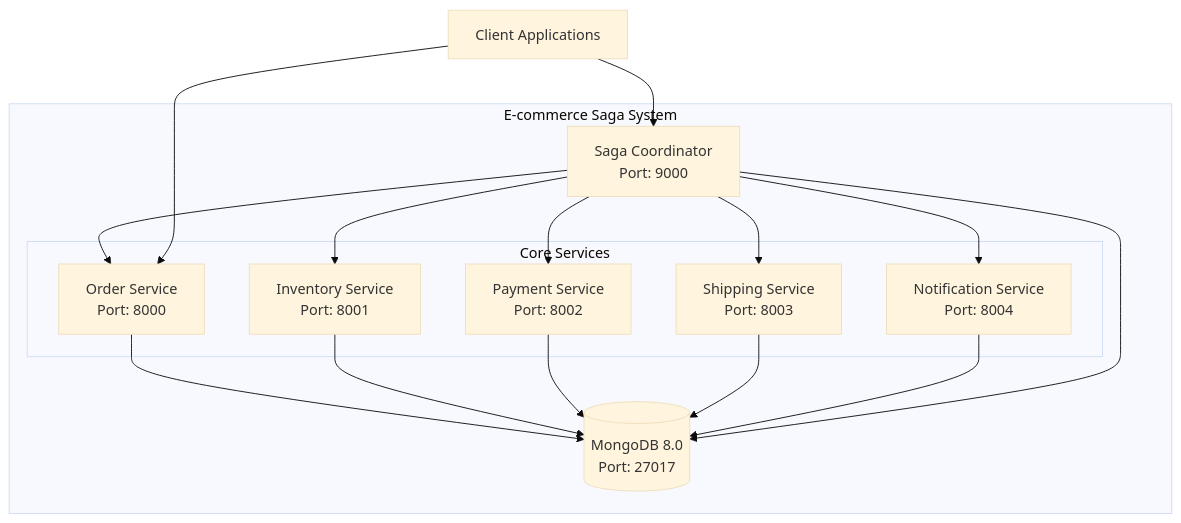
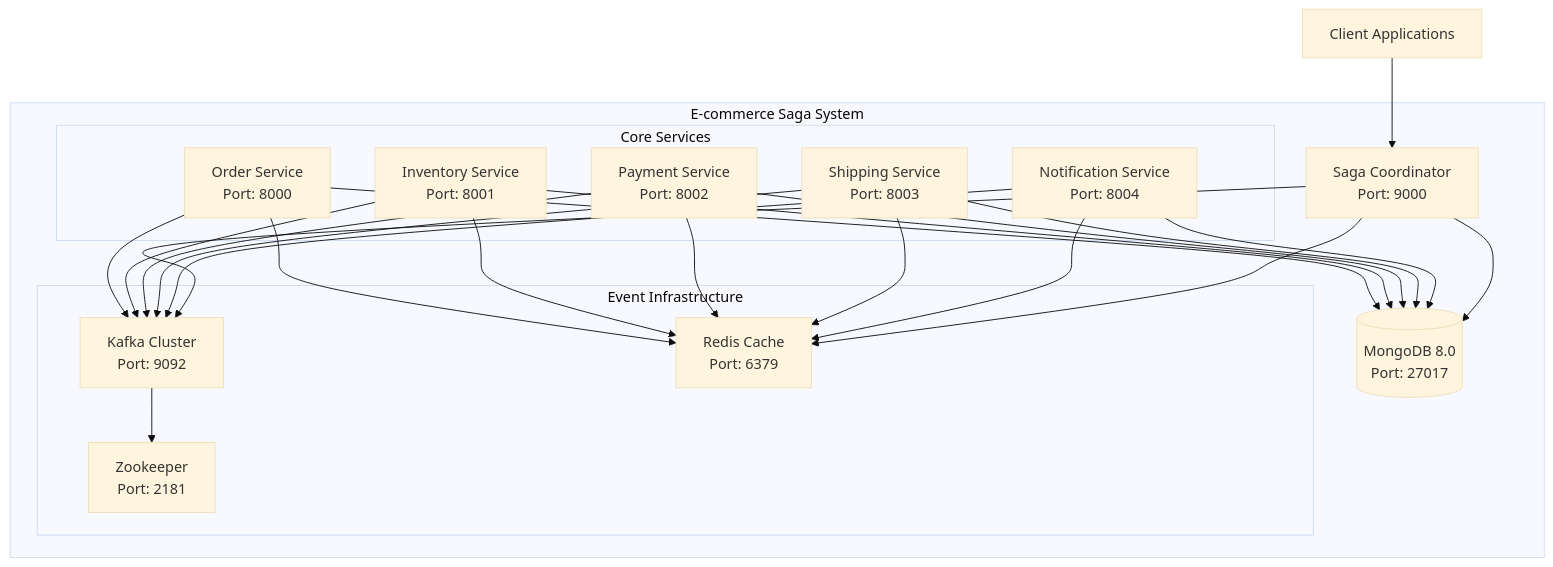
The first of 4 diagrams in README.md (narenallam/e-commerce-saga), drawn with Mermaid (base theme) before and after one commit. The commit also changed other lines of this file and 85 other files, not shown here.

Commit message:
kafka, redis, prometheus and grafana added

````diff
--- a/README.md
+++ b/README.md
@@ -24,31 +24,46 @@
 ```mermaid
 graph TB
     subgraph "E-commerce Saga System"
         subgraph "Core Services"
             OS[Order Service<br/>Port: 8000]
             IS[Inventory Service<br/>Port: 8001] 
             PS[Payment Service<br/>Port: 8002]
             SS[Shipping Service<br/>Port: 8003]
             NS[Notification Service<br/>Port: 8004]
         end
         
+        subgraph "Event Infrastructure"
+            K[Kafka Cluster<br/>Port: 9092]
+            Z[Zookeeper<br/>Port: 2181]
+            R[Redis Cache<br/>Port: 6379]
+        end
+        
         SC[Saga Coordinator<br/>Port: 9000]
         DB[(MongoDB 8.0<br/>Port: 27017)]
         
-        SC --> OS
-        SC --> IS
-        SC --> PS
-        SC --> SS
-        SC --> NS
+        OS --> K
+        IS --> K
+        PS --> K
+        SS --> K
+        NS --> K
+        SC --> K
+        
+        OS --> R
+        IS --> R
+        PS --> R
+        SS --> R
+        NS --> R
+        SC --> R
         
         OS --> DB
         IS --> DB
         PS --> DB
         SS --> DB
         NS --> DB
         SC --> DB
+        
+        K --> Z
     end
     
     CLIENT[Client Applications] --> SC
-    CLIENT --> OS
 ```
````
